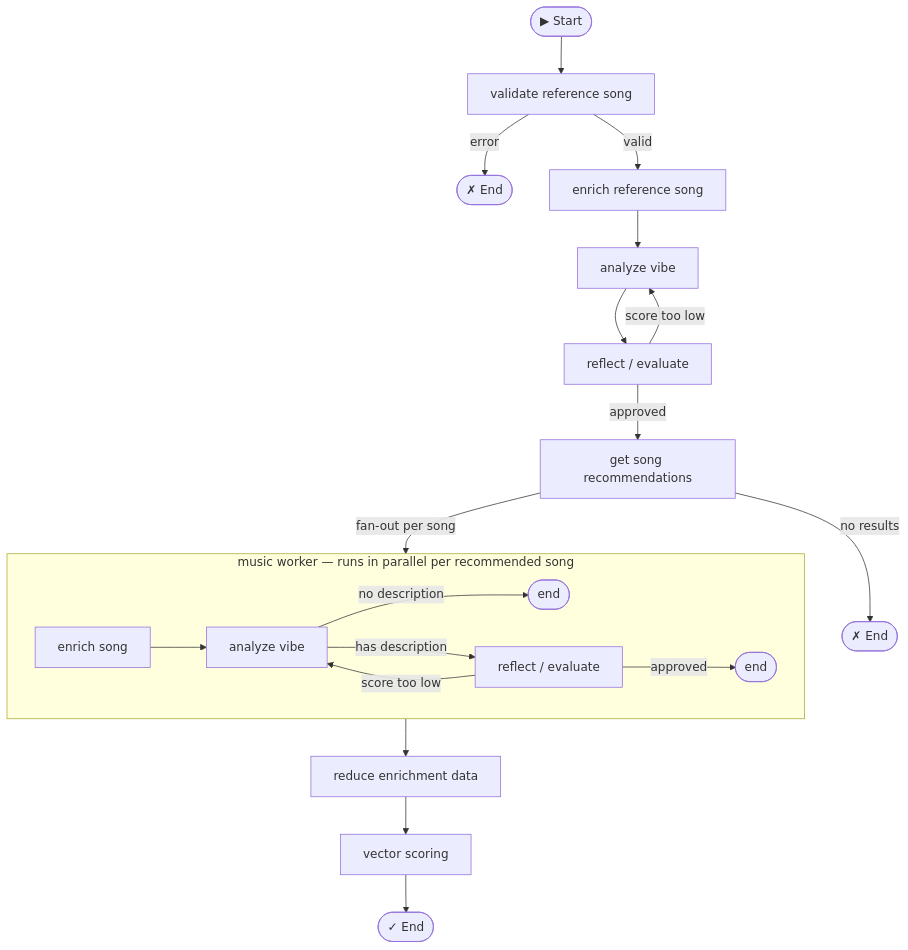
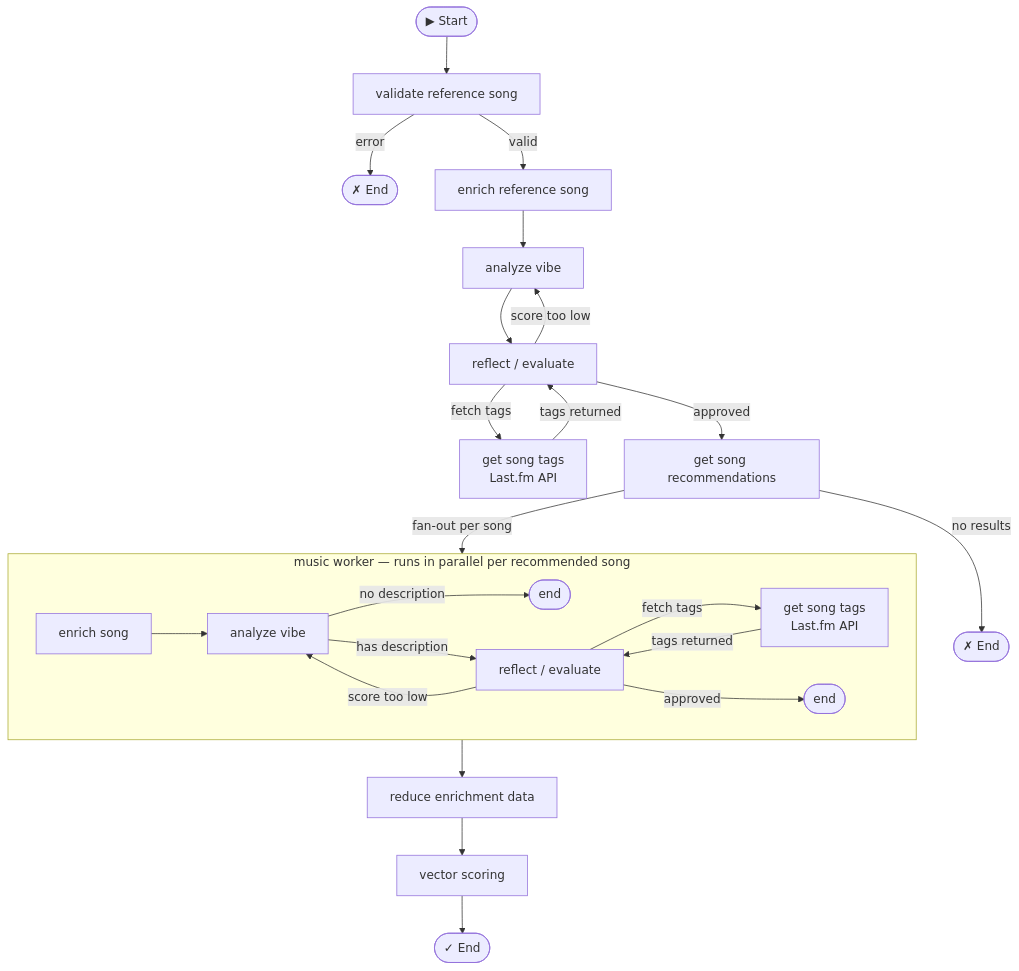
Before and after one commit to madibary/song_vibe_radar: the diagram in README.md, drawn with Mermaid. The commit also changed other lines of this file and 5 other files, not shown here.

Commit message:
Add get tags tool to evaluation

````diff
--- a/README.md
+++ b/README.md
@@ -88,24 +88,28 @@
 ```mermaid
 flowchart TD
     START([▶ Start]) --> validate[validate reference song]
     validate -->|error| END1([✗ End])
     validate -->|valid| enrich[enrich reference song]
     enrich --> vibe[analyze vibe]
     vibe --> reflect[reflect / evaluate]
+    reflect -->|fetch tags| tools[get song tags\nLast.fm API]
+    tools -->|tags returned| reflect
     reflect -->|score too low| vibe
     reflect -->|approved| recommend[get song recommendations]
     recommend -->|no results| END2([✗ End])
     recommend -->|fan-out per song| worker
 
     subgraph worker [music worker — runs in parallel per recommended song]
         w_enrich[enrich song] --> w_vibe[analyze vibe]
         w_vibe -->|no description| WEND1([end])
         w_vibe -->|has description| w_reflect[reflect / evaluate]
+        w_reflect -->|fetch tags| w_tools[get song tags\nLast.fm API]
+        w_tools -->|tags returned| w_reflect
         w_reflect -->|approved| WEND2([end])
         w_reflect -->|score too low| w_vibe
     end
 
     worker --> reduce[reduce enrichment data]
     reduce --> vectors[vector scoring]
     vectors --> END3([✓ End])
 ```
````
